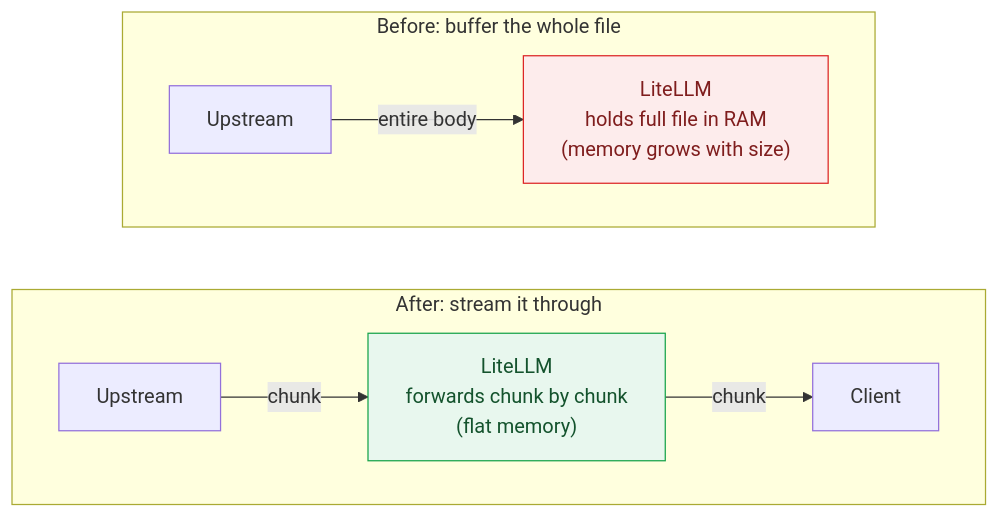
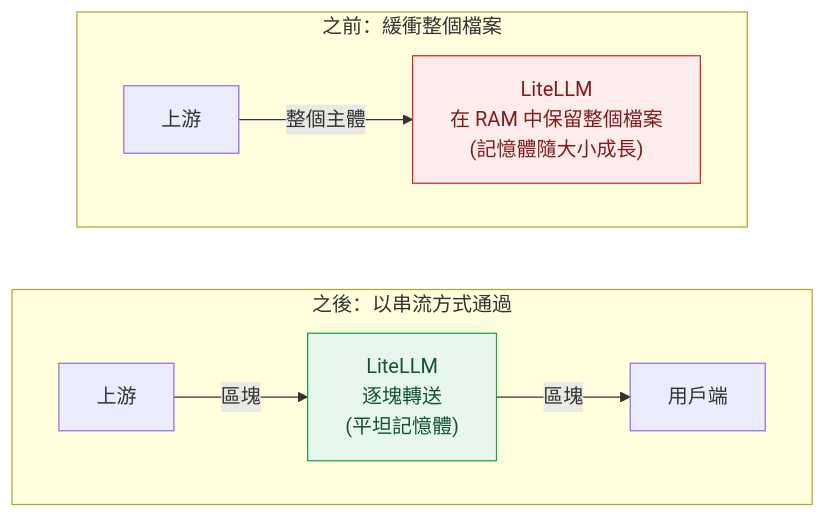
The third of 3 diagrams in blog/two_week_stability_update/index.md (doggy8088/litellm-docs), drawn with Mermaid before and after one commit. The commit also changed other lines of this file and 1957 other files, not shown here.

````diff
--- a/blog/two_week_stability_update/index.md
+++ b/blog/two_week_stability_update/index.md
@@ -93,16 +93,16 @@
 ```mermaid
 flowchart TB
-  subgraph B["Before: buffer the whole file"]
+  subgraph B["之前：緩衝整個檔案"]
     direction LR
-    U1[Upstream] -->|entire body| L1["LiteLLM<br/>holds full file in RAM<br/>(memory grows with size)"]
+    U1[上游] -->|整個主體| L1["LiteLLM<br/>在 RAM 中保留整個檔案<br/>(記憶體隨大小成長)"]
   end
-  subgraph A["After: stream it through"]
+  subgraph A["之後：以串流方式通過"]
     direction LR
-    U2[Upstream] -->|chunk| L2["LiteLLM<br/>forwards chunk by chunk<br/>(flat memory)"] -->|chunk| C2[Client]
+    U2[上游] -->|區塊| L2["LiteLLM<br/>逐塊轉送<br/>(平坦記憶體)"] -->|區塊| C2[用戶端]
   end
   L1 ~~~ U2
   classDef bad fill:#fdecec,stroke:#dc2626,color:#7f1d1d;
   classDef good fill:#e8f7ee,stroke:#16a34a,color:#14532d;
   class L1 bad;
   class L2 good;
 ```
````
